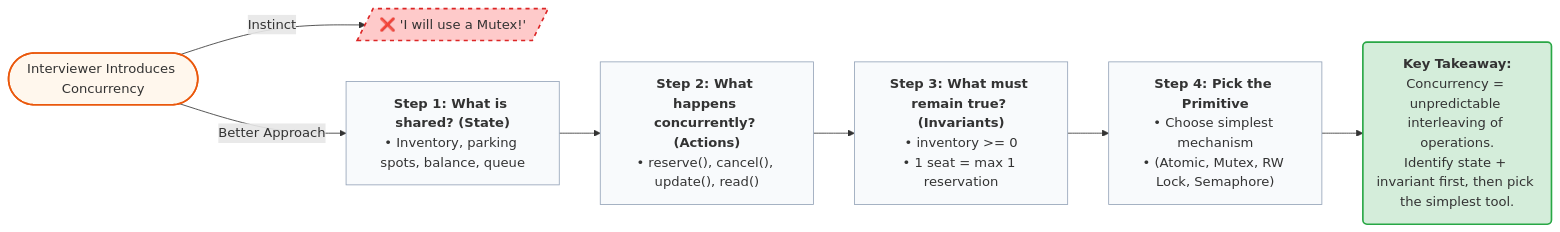
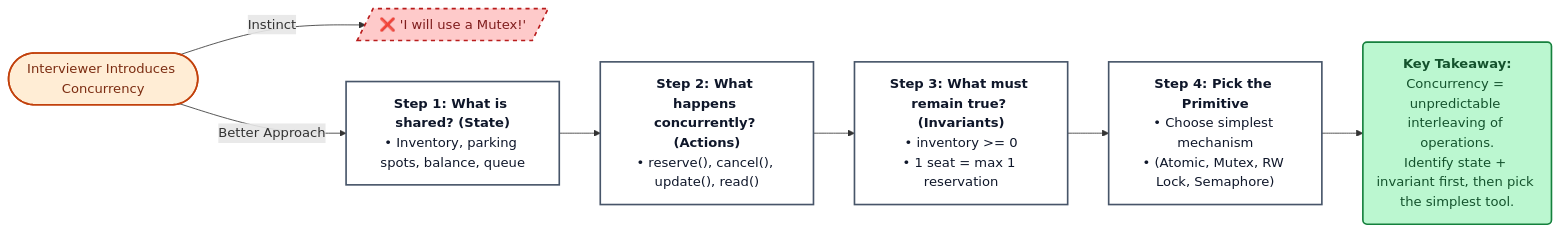
The diagram in docs/learn/concurrency/05-interview_approach.md (gauxs/lld), drawn with Mermaid before and after one commit. The commit also changed 3 other files, not shown here.

````diff
--- a/docs/learn/concurrency/05-interview_approach.md
+++ b/docs/learn/concurrency/05-interview_approach.md
@@ -12,27 +12,27 @@
 ```mermaid
 graph LR
     %% Setup the entry point
     Start([Interviewer Introduces Concurrency])
     
     %% The Trap / Wrong Path
     Start -->|Instinct | Trap[/"❌ 'I will use a Mutex!'"/]
-    style Trap fill:#fecaca,stroke:#dc2626,stroke-width:2px,stroke-dasharray: 5 5
+    style Trap fill:#fecaca,stroke:#b91c1c,stroke-width:2px,color:#7f1d1d,stroke-dasharray: 5 5
     
     %% The Right Path
     Start -->|Better Approach| Step1
     
     Step1["<strong>Step 1: What is shared? (State)</strong><br>• Inventory, parking spots, balance, queue"]
     --> Step2["<strong>Step 2: What happens concurrently? (Actions)</strong><br>• reserve(), cancel(), update(), read()"]
     --> Step3["<strong>Step 3: What must remain true? (Invariants)</strong><br>• inventory >= 0<br>• 1 seat = max 1 reservation"]
     --> Step4["<strong>Step 4: Pick the Primitive</strong><br>• Choose simplest mechanism<br>• (Atomic, Mutex, RW Lock, Semaphore)"]
     --> Takeaway("<strong>Key Takeaway:</strong><br>Concurrency = unpredictable interleaving of operations.<br>Identify state + invariant first, then pick the simplest tool.")
 
-    %% Styling for paths
-    style Start fill:#fff7ed,stroke:#ea580c,stroke-width:2px
-    style Step1 fill:#f8fafc,stroke:#94a3b8,stroke-width:1px
-    style Step2 fill:#f8fafc,stroke:#94a3b8,stroke-width:1px
-    style Step3 fill:#f8fafc,stroke:#94a3b8,stroke-width:1px
-    style Step4 fill:#f8fafc,stroke:#94a3b8,stroke-width:1px
-    style Takeaway fill:#d4edda,stroke:#28a745,stroke-width:2px
+    %% Styling for paths (explicit text color — readable in light & dark site themes)
+    style Start fill:#ffedd5,stroke:#c2410c,stroke-width:2px,color:#7c2d12
+    style Step1 fill:#ffffff,stroke:#475569,stroke-width:2px,color:#0f172a
+    style Step2 fill:#ffffff,stroke:#475569,stroke-width:2px,color:#0f172a
+    style Step3 fill:#ffffff,stroke:#475569,stroke-width:2px,color:#0f172a
+    style Step4 fill:#ffffff,stroke:#475569,stroke-width:2px,color:#0f172a
+    style Takeaway fill:#bbf7d0,stroke:#15803d,stroke-width:2px,color:#14532d
 
 ```
````
